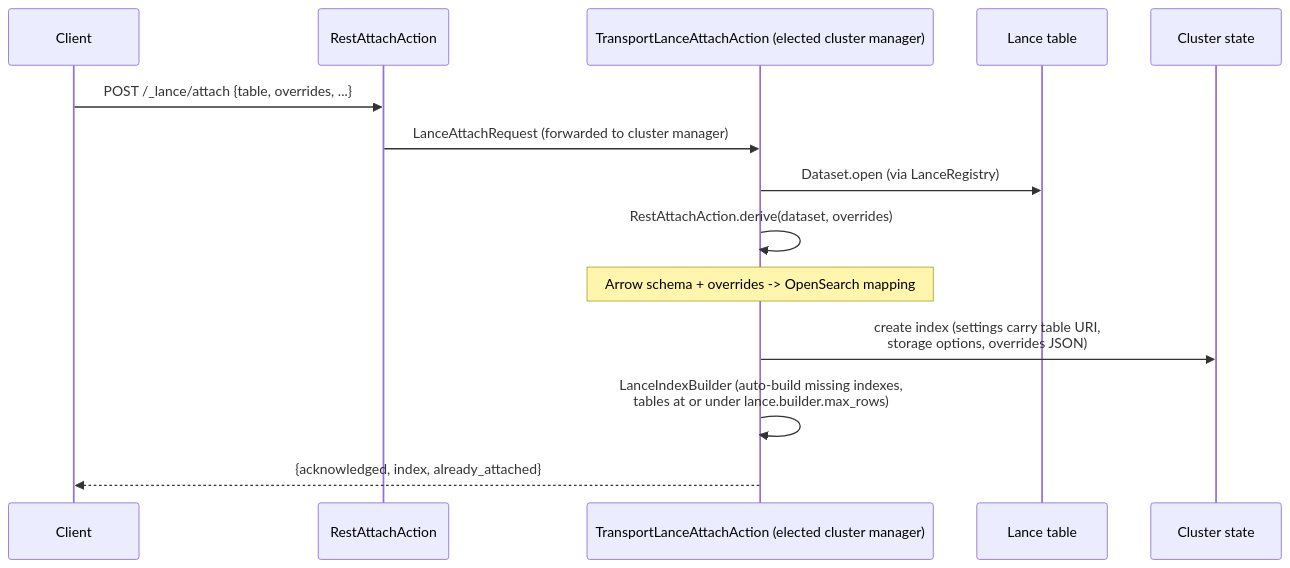
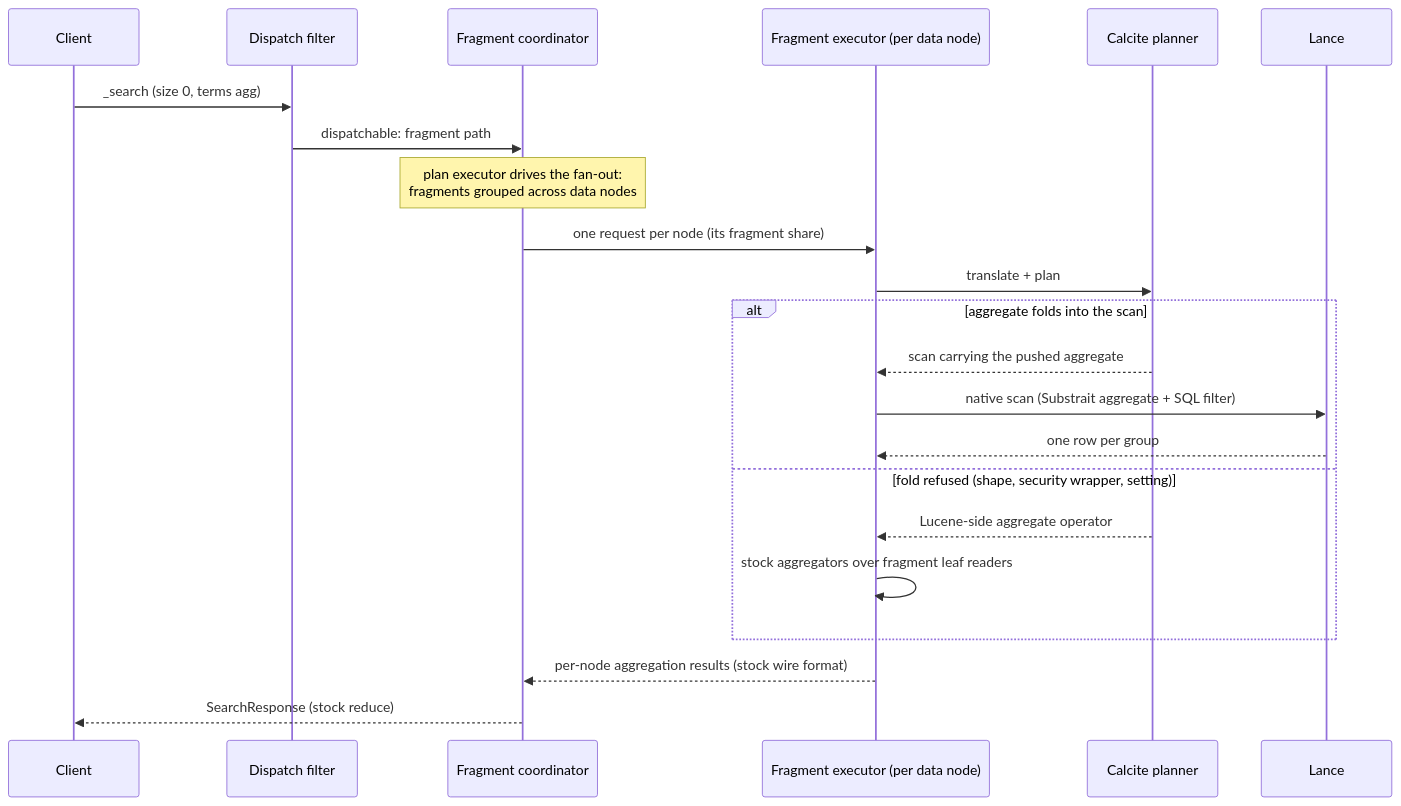
The third of 4 diagrams in docs/architecture.md (lawofcycles/lance-opensearch), drawn with Mermaid before and after one commit. The commit also changed other lines of this file, not shown here.

First line of the commit message:
Rewrite docs/architecture.md at RFC granularity

````diff
--- a/docs/architecture.md
+++ b/docs/architecture.md
@@ -368,16 +210,24 @@
 ```mermaid
 sequenceDiagram
     participant C as Client
-    participant R as RestAttachAction
-    participant T as TransportLanceAttachAction (elected cluster manager)
-    participant D as Lance table
-    participant CS as Cluster state
-    C->>R: POST /_lance/attach {table, overrides, ...}
-    R->>T: LanceAttachRequest (forwarded to cluster manager)
-    T->>D: Dataset.open (via LanceRegistry)
-    T->>T: RestAttachAction.derive(dataset, overrides)
-    Note over T: Arrow schema + overrides -> OpenSearch mapping
-    T->>CS: create index (settings carry table URI,<br/>storage options, overrides JSON)
-    T->>T: LanceIndexBuilder (auto-build missing indexes,<br/>tables at or under lance.builder.max_rows)
-    T-->>C: {acknowledged, index, already_attached}
+    participant F as Dispatch filter
+    participant CO as Fragment coordinator
+    participant EX as Fragment executor (per data node)
+    participant P as Calcite planner
+    participant L as Lance
+    C->>F: _search (size 0, terms agg)
+    F->>CO: dispatchable: fragment path
+    Note over CO: plan executor drives the fan-out:<br/>fragments grouped across data nodes
+    CO->>EX: one request per node (its fragment share)
+    EX->>P: translate + plan
+    alt aggregate folds into the scan
+        P-->>EX: scan carrying the pushed aggregate
+        EX->>L: native scan (Substrait aggregate + SQL filter)
+        L-->>EX: one row per group
+    else fold refused (shape, security wrapper, setting)
+        P-->>EX: Lucene-side aggregate operator
+        EX->>EX: stock aggregators over fragment leaf readers
+    end
+    EX-->>CO: per-node aggregation results (stock wire format)
+    CO-->>C: SearchResponse (stock reduce)
 ```
````
